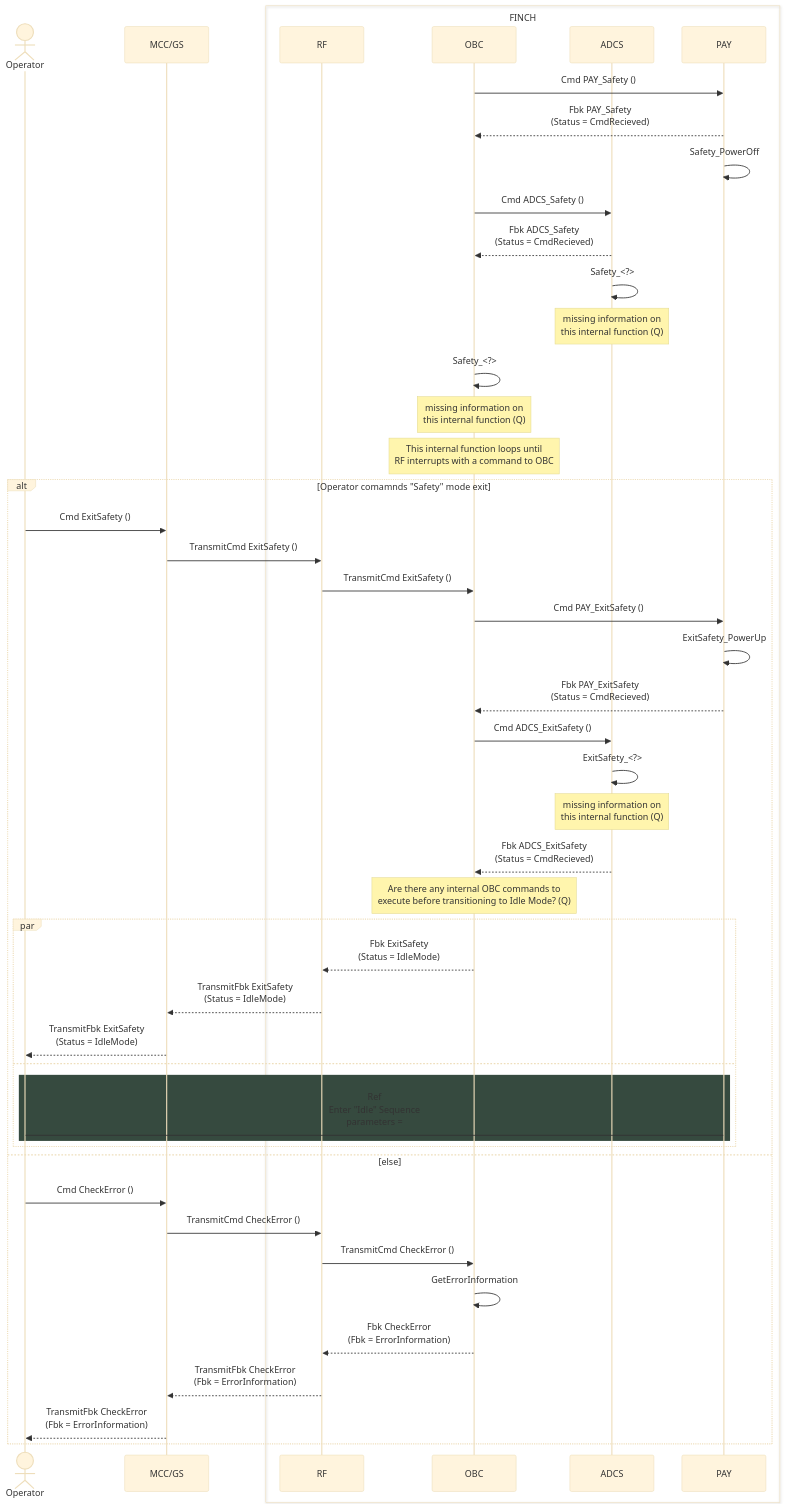
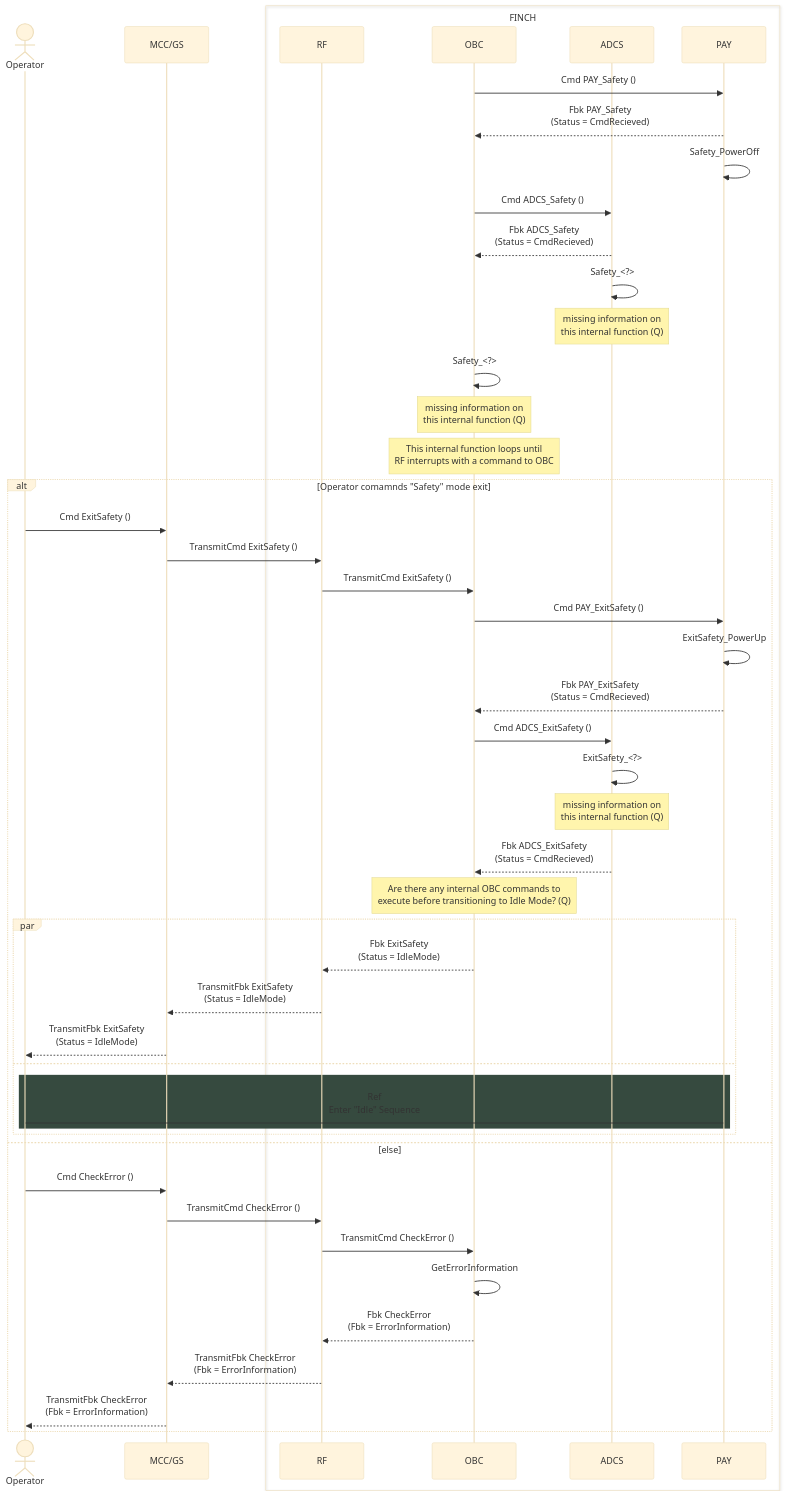
One commit to Addy-lit/FINCH-system-architecture changed the diagram in command sequences/safety-command.md. Above: the diagram before and after it, drawn with Mermaid (base theme).

Commit message:
Minor fixes

````diff
--- a/command sequences/safety-command.md
+++ b/command sequences/safety-command.md
@@ -2,61 +2,61 @@
 ```mermaid
 sequenceDiagram
     Actor Operator
     participant MCC/GS
     box FINCH
 	participant RF
     participant OBC
     participant ADCS
     participant PAY
 	end
 
     OBC ->> PAY: Cmd PAY_Safety ()
     PAY -->> OBC: Fbk PAY_Safety <br> (Status = CmdRecieved)
     PAY ->> PAY: Safety_PowerOff
   
     OBC ->> ADCS: Cmd ADCS_Safety ()
     ADCS -->> OBC: Fbk ADCS_Safety <br> (Status = CmdRecieved)
     ADCS ->> ADCS: Safety_<?>
     note over ADCS: missing information on <br> this internal function (Q)
 
 
     OBC ->> OBC: Safety_<?>
     note over OBC: missing information on <br> this internal function (Q)
     note over OBC: This internal function loops until <br> RF interrupts with a command to OBC
 	
 	
 	alt Operator comamnds "Safety" mode exit
         Operator ->> MCC/GS: Cmd ExitSafety ()
-		MCC/GS ->> RF: TransmitCmd ExitSafety ()
-		RF ->> OBC: TransmitCmd ExitSafety ()
+	MCC/GS ->> RF: TransmitCmd ExitSafety ()
+	RF ->> OBC: TransmitCmd ExitSafety ()
 
         OBC ->> PAY: Cmd PAY_ExitSafety ()
         PAY ->> PAY: ExitSafety_PowerUp
         PAY -->> OBC: Fbk PAY_ExitSafety <br> (Status = CmdRecieved)
   
         OBC ->> ADCS: Cmd ADCS_ExitSafety ()
         ADCS ->> ADCS: ExitSafety_<?>
         note over ADCS: missing information on <br> this internal function (Q)
         ADCS -->> OBC: Fbk ADCS_ExitSafety <br> (Status = CmdRecieved)
 
 		note over OBC: Are there any internal OBC commands to <br> execute before transitioning to Idle Mode? (Q)
 		
 		par
 			OBC -->> RF: Fbk ExitSafety <br> (Status = IdleMode)
 			RF -->> MCC/GS: TransmitFbk ExitSafety <br> (Status = IdleMode)
 			MCC/GS -->> Operator: TransmitFbk ExitSafety <br> (Status = IdleMode)
 		and
 			rect rgb(54,74,63)
-				Operator -> PAY: Ref <br/> Enter "Idle" Sequence <br/> parameters = 
+				Operator -> PAY: Ref <br/> Enter "Idle" Sequence
 			end
 		end
 	else else
 		Operator ->> MCC/GS: Cmd CheckError ()
 		MCC/GS ->> RF: TransmitCmd CheckError ()
 		RF ->> OBC: TransmitCmd CheckError ()
 		OBC ->> OBC: GetErrorInformation
 		OBC -->> RF: Fbk CheckError <br> (Fbk = ErrorInformation)
 		RF -->> MCC/GS: TransmitFbk CheckError <br> (Fbk = ErrorInformation)
 		MCC/GS -->> Operator: TransmitFbk CheckError <br> (Fbk = ErrorInformation)
 	end
 ```
````
